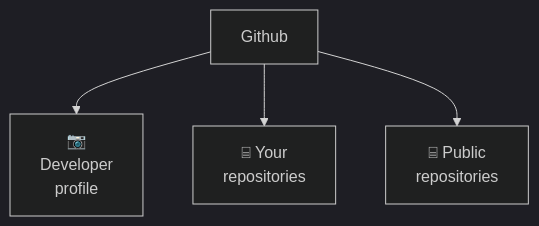
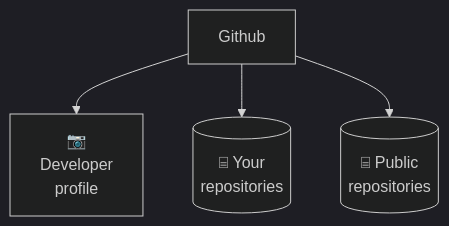
The first of 3 diagrams in docs/program/unit-1/11-introduction-to-github-and-notebooks.md (charlstown/ai-applied-education), drawn with Mermaid (dark theme) before and after one commit. The commit also changed other lines of this file, not shown here.

````diff
--- a/docs/program/unit-1/11-introduction-to-github-and-notebooks.md
+++ b/docs/program/unit-1/11-introduction-to-github-and-notebooks.md
@@ -46,6 +46,6 @@
 ``` mermaid
 graph TD
     G[Github] --> PP["📷\nDeveloper\nprofile"];
-    G --> RP["⌸ Your\nrepositories"];
-    G --> PR["⌸ Public\nrepositories"];
+    G --> RP[("⌸ Your\nrepositories")];
+    G --> PR[("⌸ Public\nrepositories")];
 ```
````
